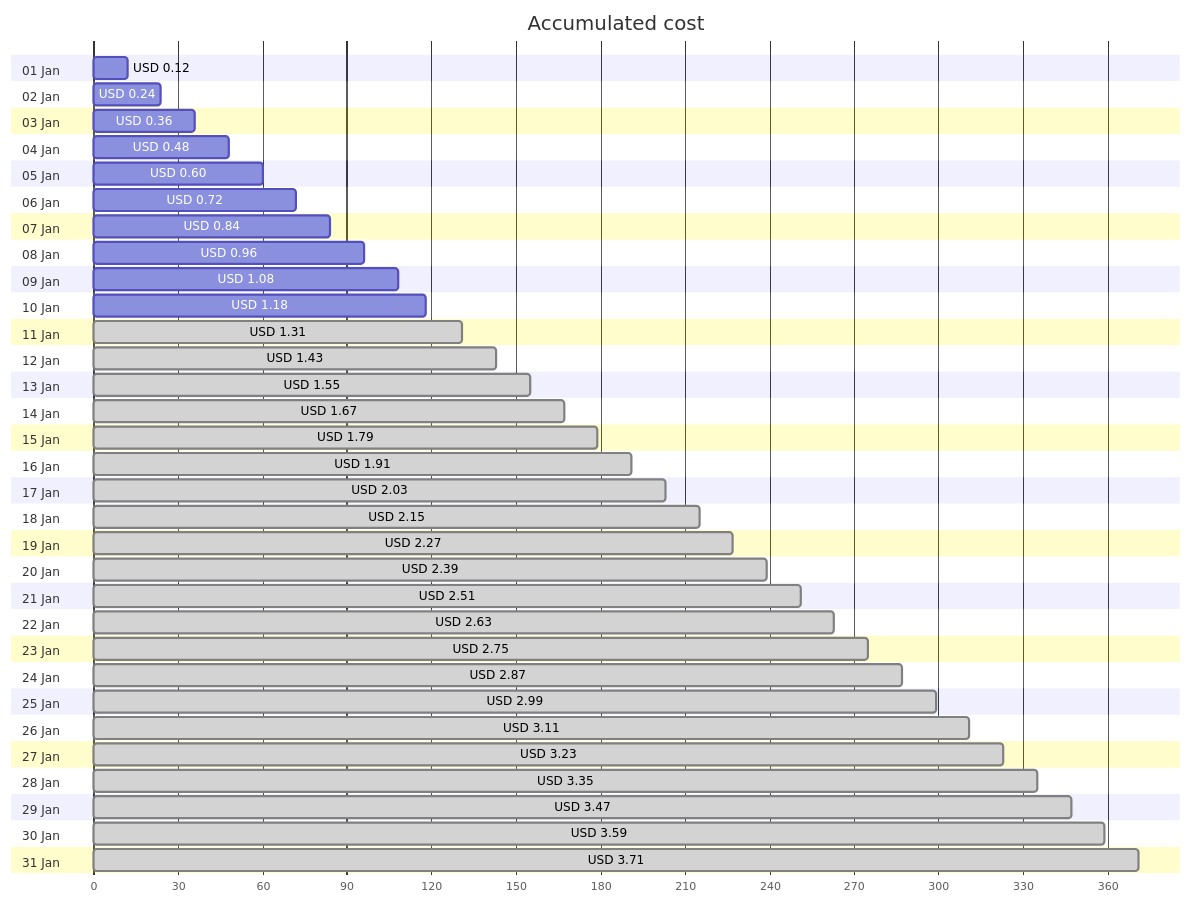
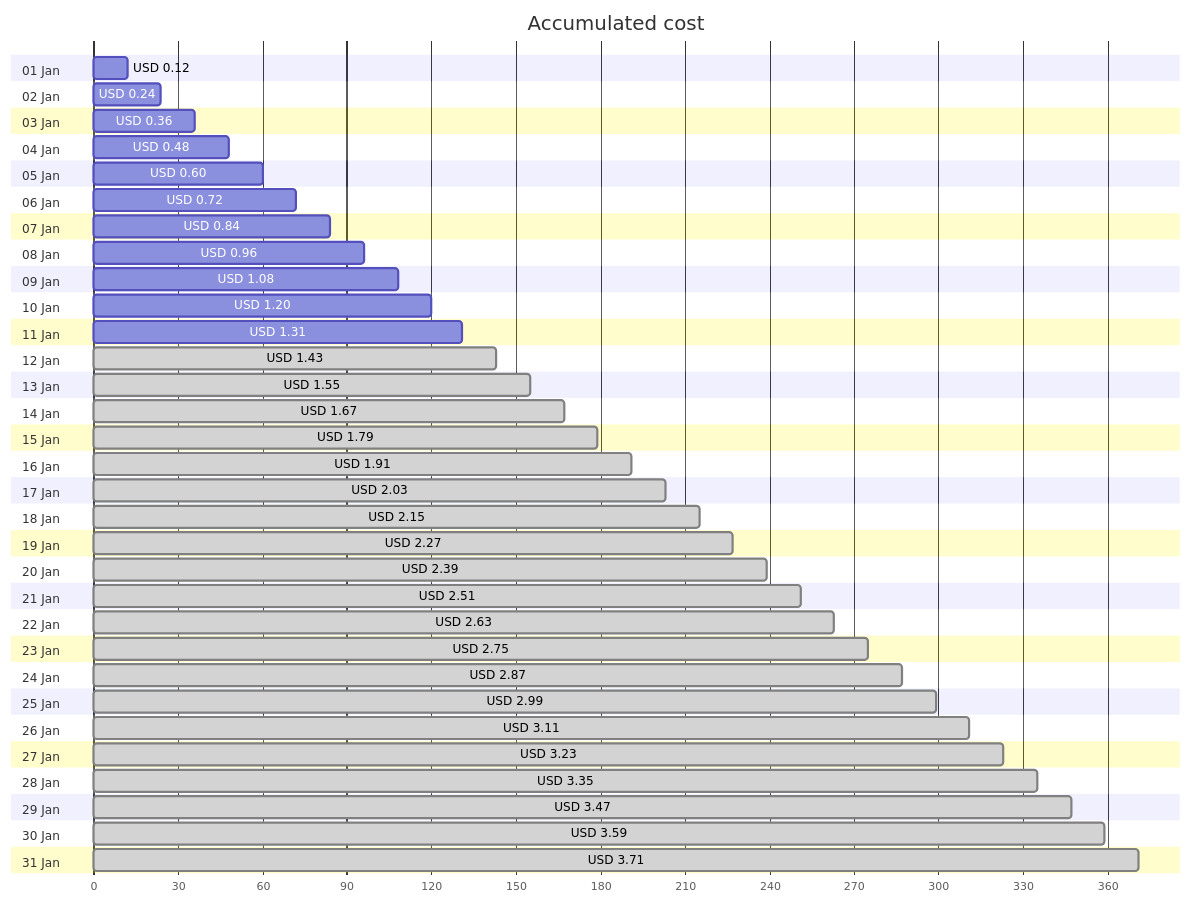
The first of 4 diagrams in cost-reports/personal-network/backup-server-public-ip.md (jpfulton/azure-personal-reports), drawn with Mermaid before and after one commit. The commit also changed other lines of this file and 8 other files, not shown here.

````diff
--- a/cost-reports/personal-network/backup-server-public-ip.md
+++ b/cost-reports/personal-network/backup-server-public-ip.md
@@ -20,68 +20,68 @@
 ```mermaid
 gantt
    title Accumulated cost
    dateFormat  X
    axisFormat %s
    section 01 Jan
    USD 0.12 :0, 12
    section 02 Jan
    USD 0.24 :0, 24
    section 03 Jan
    USD 0.36 :0, 36
    section 04 Jan
    USD 0.48 :0, 48
    section 05 Jan
    USD 0.60 :0, 60
    section 06 Jan
    USD 0.72 :0, 72
    section 07 Jan
    USD 0.84 :0, 84
    section 08 Jan
    USD 0.96 :0, 96
    section 09 Jan
    USD 1.08 :0, 108
    section 10 Jan
-   USD 1.18 :0, 118
+   USD 1.20 :0, 120
    section 11 Jan
-   USD 1.31 : done, 0, 131
+   USD 1.31 :0, 131
    section 12 Jan
    USD 1.43 : done, 0, 143
    section 13 Jan
    USD 1.55 : done, 0, 155
    section 14 Jan
    USD 1.67 : done, 0, 167
    section 15 Jan
    USD 1.79 : done, 0, 179
    section 16 Jan
    USD 1.91 : done, 0, 191
    section 17 Jan
    USD 2.03 : done, 0, 203
    section 18 Jan
    USD 2.15 : done, 0, 215
    section 19 Jan
    USD 2.27 : done, 0, 227
    section 20 Jan
    USD 2.39 : done, 0, 239
    section 21 Jan
    USD 2.51 : done, 0, 251
    section 22 Jan
    USD 2.63 : done, 0, 263
    section 23 Jan
    USD 2.75 : done, 0, 275
    section 24 Jan
    USD 2.87 : done, 0, 287
    section 25 Jan
    USD 2.99 : done, 0, 299
    section 26 Jan
    USD 3.11 : done, 0, 311
    section 27 Jan
    USD 3.23 : done, 0, 323
    section 28 Jan
    USD 3.35 : done, 0, 335
    section 29 Jan
    USD 3.47 : done, 0, 347
    section 30 Jan
    USD 3.59 : done, 0, 359
    section 31 Jan
    USD 3.71 : done, 0, 371
 ```
````
